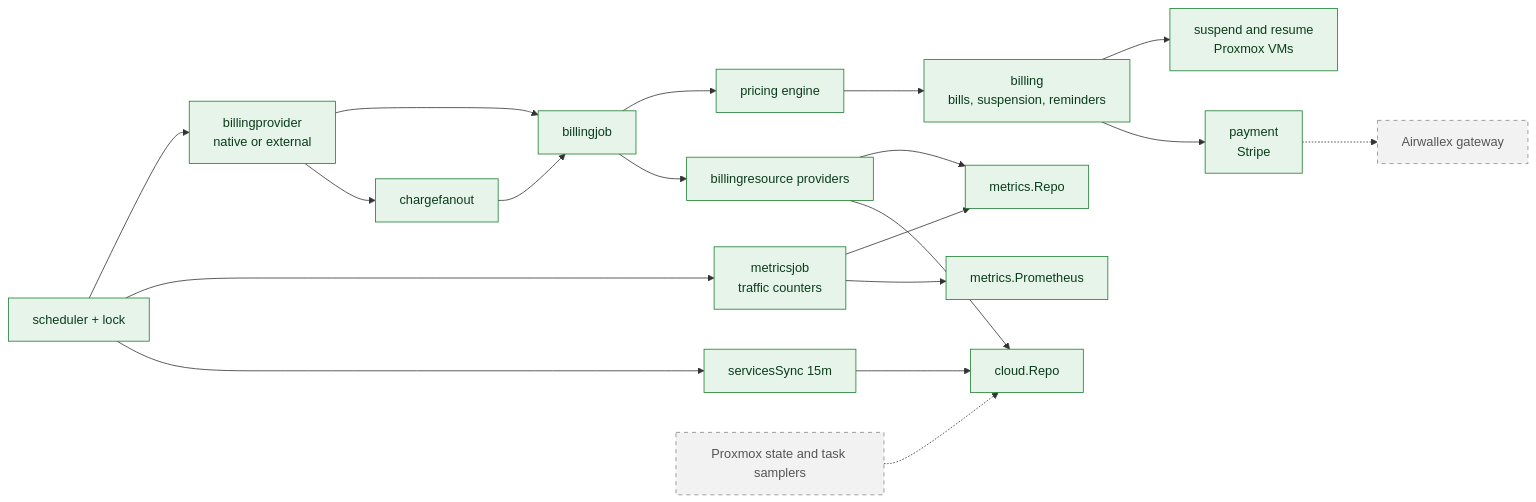
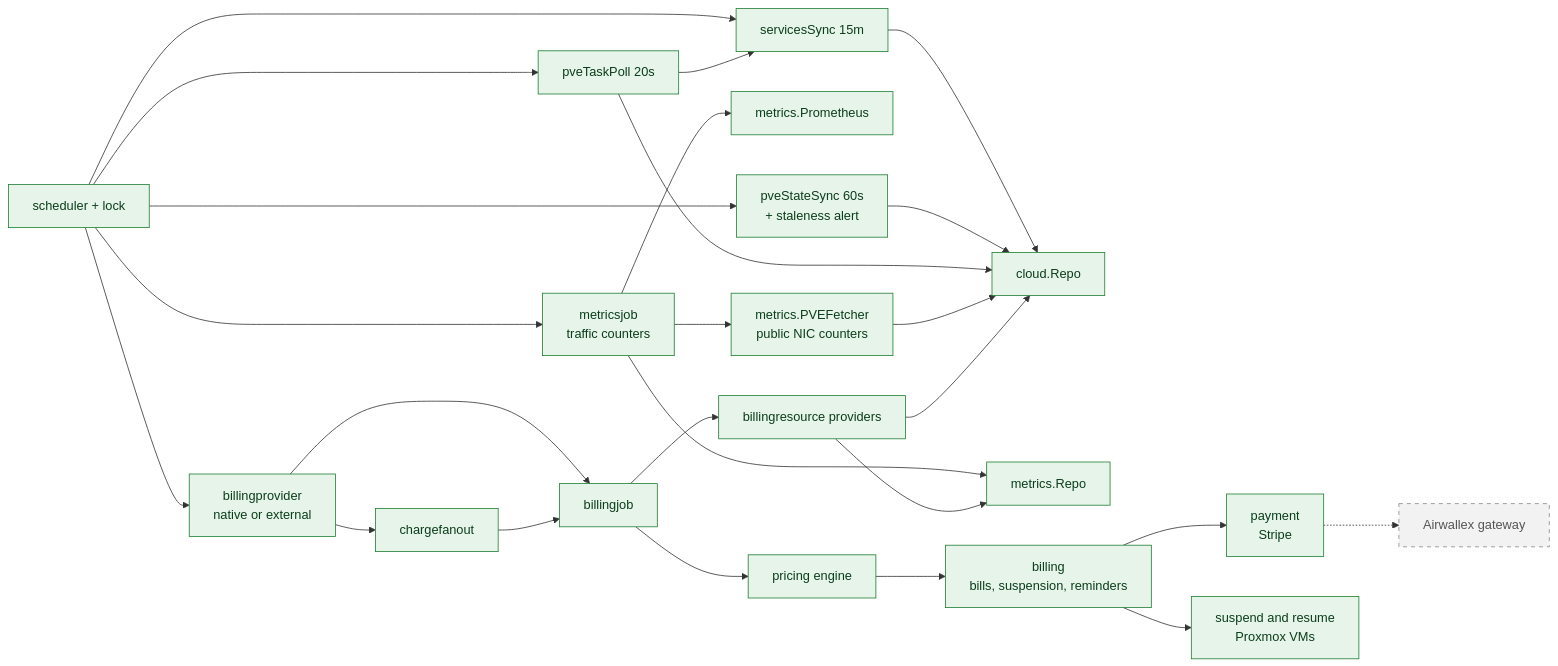
One commit to mutex-solutions/proxcloud changed the third of 5 diagrams in docs/architecture/c4/c3-components.md. Above: the diagram before and after it, drawn with Mermaid. The commit also changed other lines of this file and 60 other files, not shown here.

````diff
--- a/docs/architecture/c4/c3-components.md
+++ b/docs/architecture/c4/c3-components.md
@@ -143,41 +143,49 @@
 ```mermaid
 flowchart LR
   classDef impl fill:#e6f4ea,stroke:#1e7e34,color:#0b3d1a
   classDef planned fill:#f2f2f2,stroke:#8a8a8a,stroke-dasharray:5 5,color:#555555
 
   cron["scheduler + lock"]:::impl
   sync["servicesSync 15m"]:::impl
   mj["metricsjob<br/>traffic counters"]:::impl
   prom["metrics.Prometheus"]:::impl
   repo["cloud.Repo"]:::impl
   mrepo["metrics.Repo"]:::impl
   bp["billingprovider<br/>native or external"]:::impl
   fan["chargefanout"]:::impl
   bj["billingjob"]:::impl
   br["billingresource providers"]:::impl
   price["pricing engine"]:::impl
   bill["billing<br/>bills, suspension, reminders"]:::impl
   pay["payment<br/>Stripe"]:::impl
   susp["suspend and resume<br/>Proxmox VMs"]:::impl
-  samplers["Proxmox state and task samplers"]:::planned
+  state["pveStateSync 60s<br/>+ staleness alert"]:::impl
+  tasks["pveTaskPoll 20s"]:::impl
+  pvem["metrics.PVEFetcher<br/>public NIC counters"]:::impl
   airwallex["Airwallex gateway"]:::planned
 
   cron --> sync
   cron --> mj
   cron --> bp
   sync --> repo
+  cron --> state
+  cron --> tasks
+  state --> repo
+  tasks --> repo
+  tasks --> sync
+  mj --> pvem
+  pvem --> repo
   mj --> prom
   mj --> mrepo
   bp --> fan
   bp --> bj
   fan --> bj
   bj --> br
   br --> repo
   br --> mrepo
   bj --> price
   price --> bill
   bill --> pay
   bill --> susp
-  samplers -.-> repo
   pay -.-> airwallex
 ```
````
